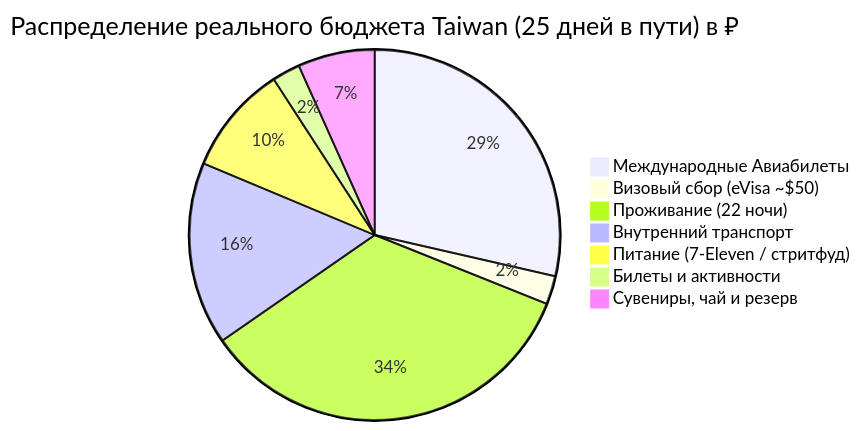
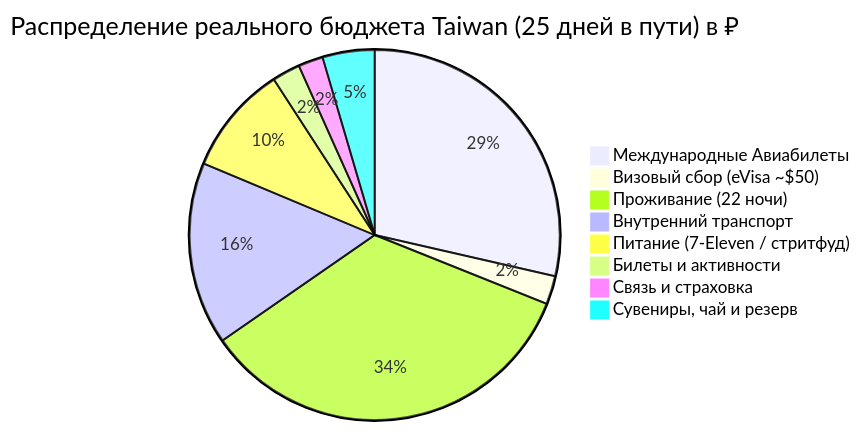
The diagram in Personal Note/Travel/-- Taiwan/04 - Финансы/Финансы.md (injurka/obsidian-mark), drawn with Mermaid before and after one commit. The commit also changed other lines of this file and 2 other files, not shown here.

````diff
--- a/Personal Note/Travel/-- Taiwan/04 - Финансы/Финансы.md
+++ b/Personal Note/Travel/-- Taiwan/04 - Финансы/Финансы.md
@@ -12,10 +13,11 @@
 ```mermaid
 pie title Распределение реального бюджета Taiwan (25 дней в пути) в ₽
     "Международные Авиабилеты" : 55412
     "Визовый сбор (eVisa ~$50)" : 4800
     "Проживание (22 ночи)" : 66479
     "Внутренний транспорт" : 30925
     "Питание (7-Eleven / стритфуд)" : 18500
     "Билеты и активности" : 4740
-    "Сувениры, чай и резерв" : 13000
+    "Связь и страховка" : 4200
+    "Сувениры, чай и резерв" : 8800
 ```
````
